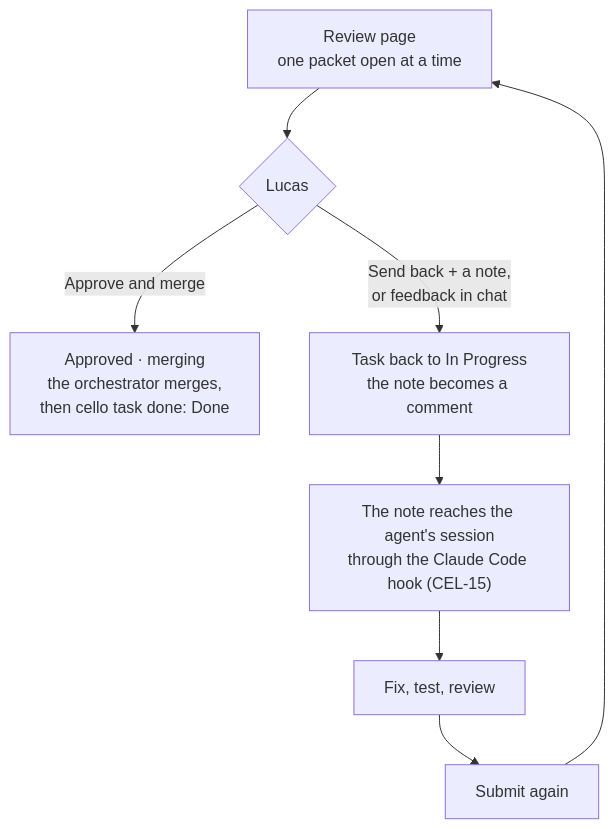
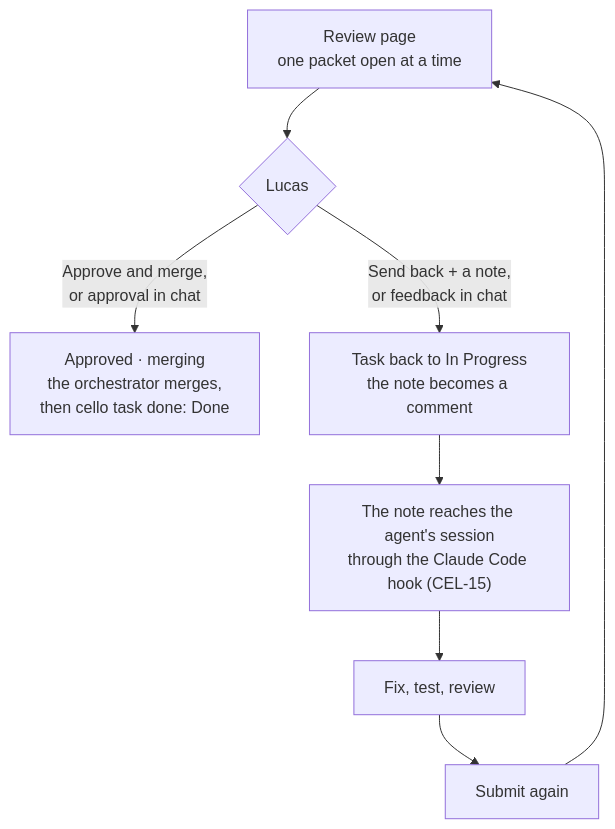
One commit to lnmunhoz/cello changed the fourth of 5 diagrams in docs/feature-lifecycle.md. Above: the diagram before and after it, drawn with Mermaid. The commit also changed other lines of this file and 11 other files, not shown here.

Commit message:
feat(cli): cello task approve --quote relays the human's approval from chat; docs, AGENTS.md snippet and plugin say how (CEL-169)

````diff
--- a/docs/feature-lifecycle.md
+++ b/docs/feature-lifecycle.md
@@ -158,10 +158,10 @@
 ```mermaid
 flowchart TD
     A["Review page<br/>one packet open at a time"] --> B{"Lucas"}
-    B -->|"Approve and merge"| D["Approved · merging<br/>the orchestrator merges,<br/>then cello task done: Done"]
+    B -->|"Approve and merge,<br/>or approval in chat"| D["Approved · merging<br/>the orchestrator merges,<br/>then cello task done: Done"]
     B -->|"Send back + a note,<br/>or feedback in chat"| C["Task back to In Progress<br/>the note becomes a comment"]
     C --> E["The note reaches the agent's session<br/>through the Claude Code hook (CEL-15)"]
     E --> F["Fix, test, review"]
     F --> G["Submit again"]
     G --> A
 ```
````
